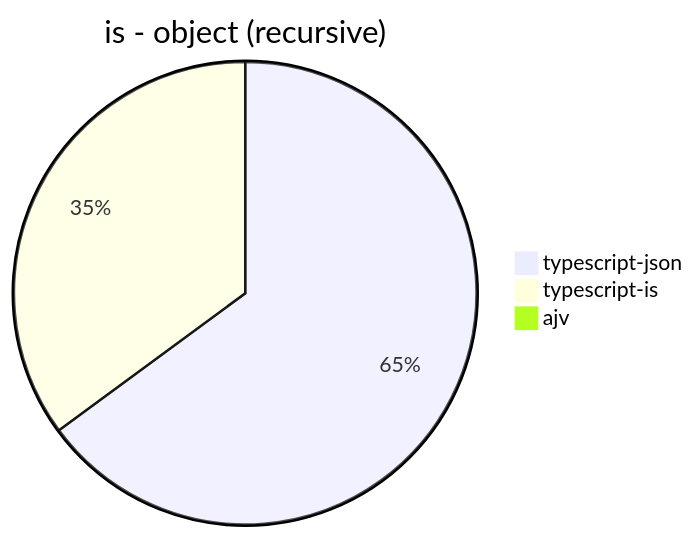
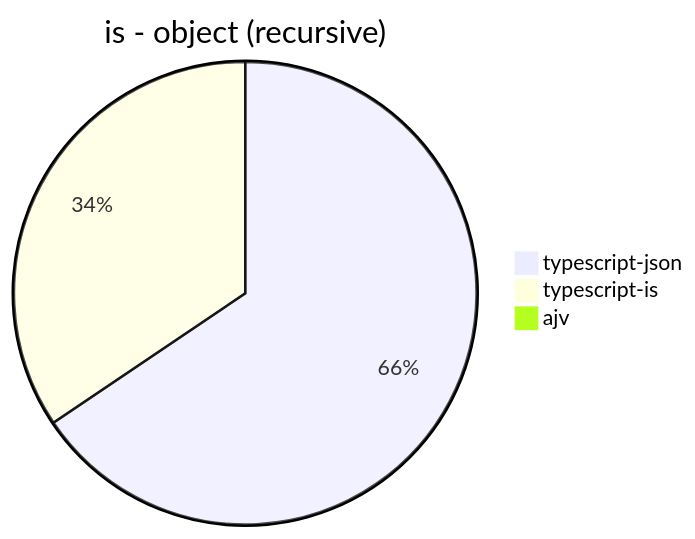
The eighth of 30 diagrams in benchmark/results/Intel(R) Core(TM) i7-6700 CPU @ 3.40GHz.md (neklan1205/typescript-json), drawn with Mermaid before and after one commit. The commit also changed other lines of this file, not shown here.

````diff
--- a/benchmark/results/Intel(R) Core(TM) i7-6700 CPU @ 3.40GHz.md
+++ b/benchmark/results/Intel(R) Core(TM) i7-6700 CPU @ 3.40GHz.md
@@ -85,6 +85,6 @@
 ```mermaid
 pie title is - object (recursive)
-  "typescript-json": 44578.04208600183
-  "typescript-is": 24103.295893942184
+  "typescript-json": 45414.401440144014
+  "typescript-is": 23866.305329719962
   "ajv": 0
 ```
````
